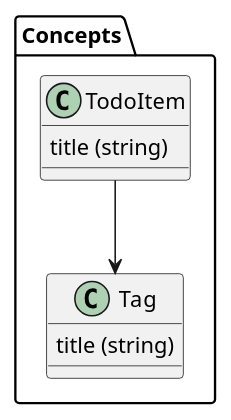
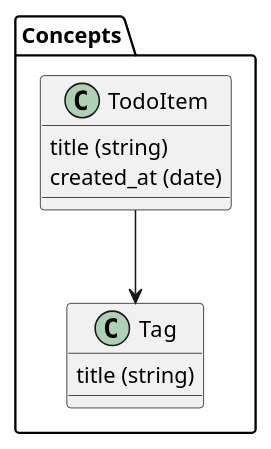
The diagram in parser/generated.puml (BGordts/MDDocumentation), drawn with PlantUML before and after one commit. The commit also changed 2 other files, not shown here.

Commit message:
MD works + fix for field

```diff
--- a/parser/generated.puml
+++ b/parser/generated.puml
@@ -1,12 +1,13 @@
 @startuml
 
 class Concepts.TodoItem {
-  {field}   title (string)
+  {field} title (string)
+  {field} created_at (date)
 }
 class Concepts.Tag {
-  {field}   title (string)
+  {field} title (string)
 }
 
 Concepts.TodoItem --> Concepts.Tag
 
 @enduml
```
